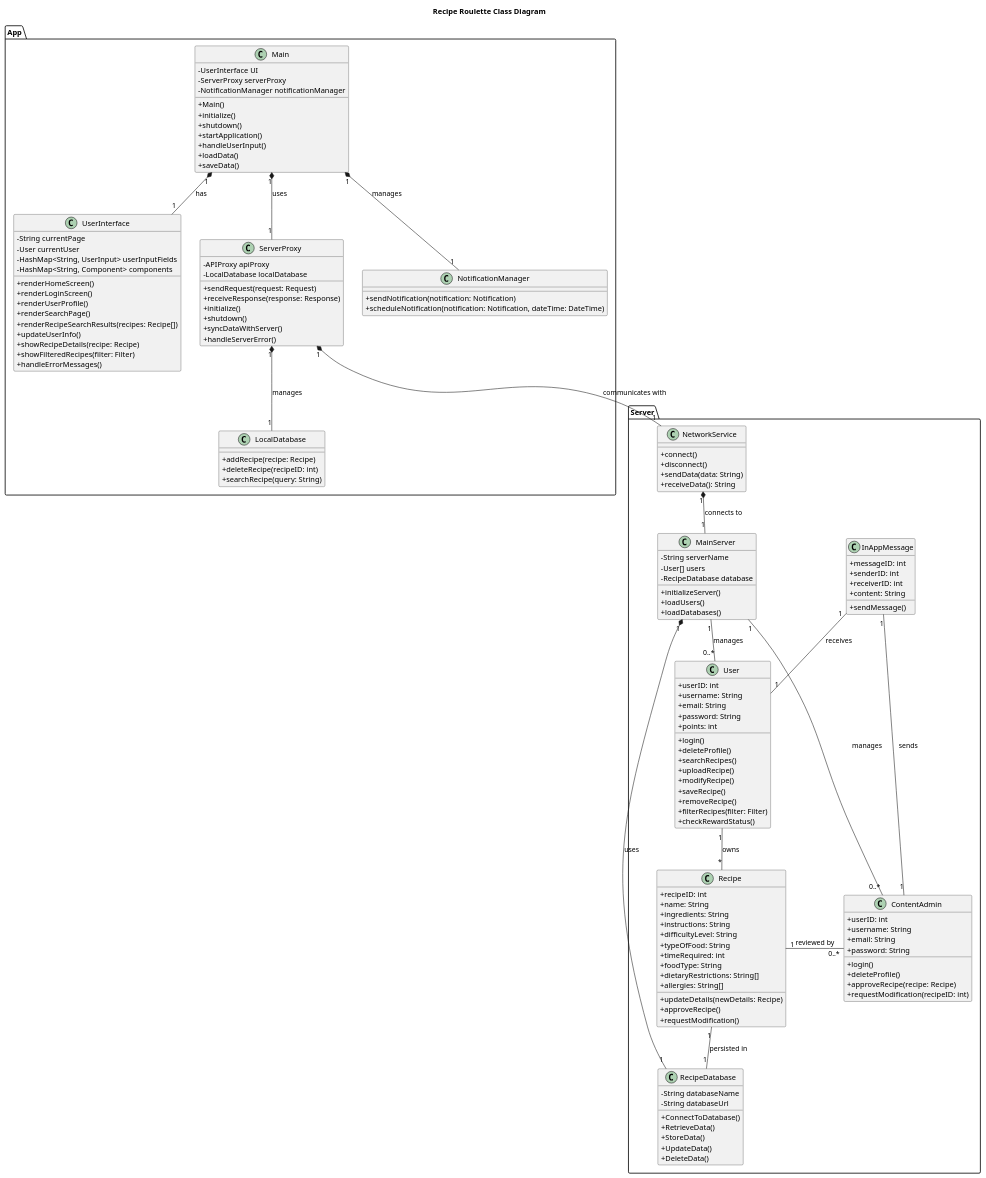
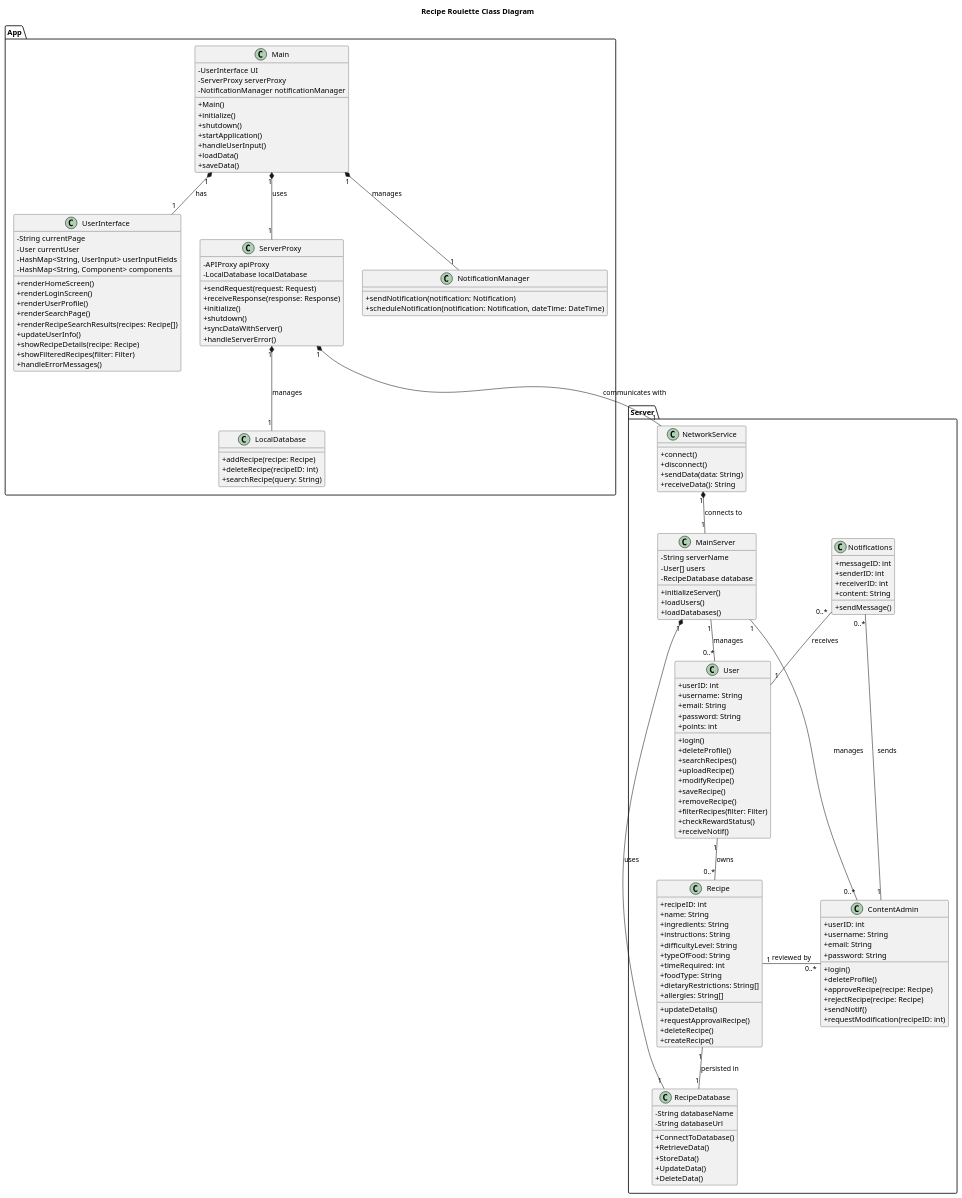
Before and after one commit to carmensat/RECIPE-ROULETTE: the diagram in DIAGRAMS/class_diagram.puml, drawn with PlantUML.

```diff
--- a/DIAGRAMS/class_diagram.puml
+++ b/DIAGRAMS/class_diagram.puml
@@ -1,157 +1,161 @@
 @startuml
 skinparam classAttributeIconSize 0
 Title: Recipe Roulette Class Diagram
 
 package "App" {
 
     class Main {
         - UserInterface UI
         - ServerProxy serverProxy
         - NotificationManager notificationManager
         +Main()
         +initialize()
         +shutdown()
         +startApplication()
         +handleUserInput()
         +loadData()
         +saveData()
     }
 
     class UserInterface {
         -String currentPage
         -User currentUser
         -HashMap<String, UserInput> userInputFields
         -HashMap<String, Component> components
         + renderHomeScreen()
         + renderLoginScreen()
         + renderUserProfile()
         + renderSearchPage()
         + renderRecipeSearchResults(recipes: Recipe[])
         + updateUserInfo()
         + showRecipeDetails(recipe: Recipe)
         + showFilteredRecipes(filter: Filter)
         + handleErrorMessages()
     }
 
     class ServerProxy {
         - APIProxy apiProxy
         - LocalDatabase localDatabase
         + sendRequest(request: Request)
         + receiveResponse(response: Response)
         + initialize()
         + shutdown()
         + syncDataWithServer()
         + handleServerError()
     }
 
 
     class LocalDatabase {
         + addRecipe(recipe: Recipe)
         + deleteRecipe(recipeID: int)
         + searchRecipe(query: String)
     }
 
     class NotificationManager {
         + sendNotification(notification: Notification)
         + scheduleNotification(notification: Notification, dateTime: DateTime)
     }
 
     Main "1" *-- "1" UserInterface : "has"
     Main "1" *-- "1" ServerProxy : "uses"
     Main "1" *-- "1" NotificationManager : "manages"
     ServerProxy "1" *-- "1" LocalDatabase : "manages"
 }
 
 package "Server" {
 
     class MainServer {
         -String serverName
         -User[] users
         -RecipeDatabase database
         +initializeServer()
         +loadUsers()
         +loadDatabases()
     }
 
     class User {
         +userID: int
         +username: String
         +email: String
         +password: String
         +points: int
         +login()
         +deleteProfile()
         +searchRecipes()
         +uploadRecipe()
         +modifyRecipe()
         +saveRecipe()
         +removeRecipe()
         +filterRecipes(filter: Filter)
         +checkRewardStatus()
+        +receiveNotif()
     }
 
     class Recipe {
         +recipeID: int
         +name: String
         +ingredients: String
         +instructions: String
         +difficultyLevel: String
         +typeOfFood: String
         +timeRequired: int
         +foodType: String
         +dietaryRestrictions: String[]
         +allergies: String[]
-        +updateDetails(newDetails: Recipe)
-        +approveRecipe()
-        +requestModification()
+        +updateDetails()
+        +requestApprovalRecipe()
+        +deleteRecipe()
+        +createRecipe()
     }
 
     class ContentAdmin {
         +userID: int
         +username: String
         +email: String
         +password: String
         +login()
         +deleteProfile()
         +approveRecipe(recipe: Recipe)
+        +rejectRecipe(recipe: Recipe)
+        +sendNotif()
         +requestModification(recipeID: int)
     }
 
-    class InAppMessage {
+    class Notifications {
         +messageID: int
         +senderID: int
         +receiverID: int
         +content: String
         +sendMessage()
     }
 
     class RecipeDatabase {
         -String databaseName
         -String databaseUrl
         +ConnectToDatabase()
         +RetrieveData()
         +StoreData()
         +UpdateData()
         +DeleteData()
     }
 
     class NetworkService {
         +connect()
         +disconnect()
         +sendData(data: String)
         +receiveData(): String
     }
 
     MainServer "1" -- "0..*" User : "manages"
     MainServer "1" -- "0..*" ContentAdmin : "manages"
-    User "1" -- "*" Recipe : "owns"
+    User "1" -- "0..*" Recipe : "owns"
     Recipe "1" -right- "0..*" ContentAdmin : "reviewed by"
     Recipe "1" -- "1" RecipeDatabase : "persisted in"
-    InAppMessage "1" -- "1" ContentAdmin : "sends"
-    InAppMessage "1" -- "1" User : "receives"
+    Notifications "0..*" -- "1" ContentAdmin : "sends"
+    Notifications "0..*" -- "1" User : "receives"
     MainServer "1" *-- "1" RecipeDatabase : "uses"
     ServerProxy "1" *-- "1" NetworkService : "communicates with"
     NetworkService "1" *-- "1" MainServer : "connects to"
 }
 
 @enduml
```
